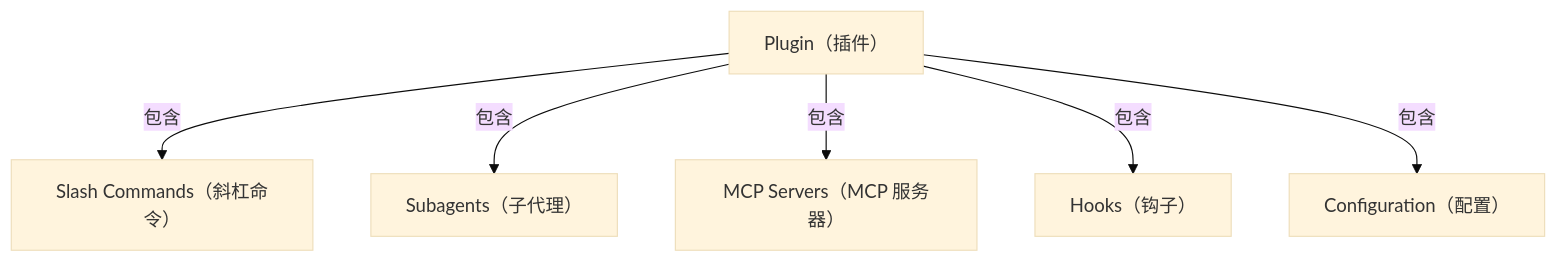
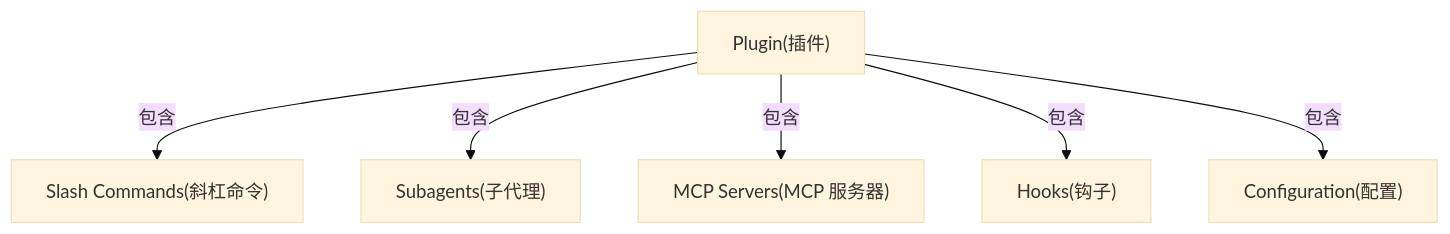
The first of 5 diagrams in 07-plugins/README.md (Rx782-Fss/claude-howto-zh), drawn with Mermaid (base theme) before and after one commit. The commit also changed other lines of this file and 5 other files, not shown here.

Commit message:
fix: Mermaid 内全角括号/问号/emoji/<br/> 改为半角ASCII避免 GitHub 渲染失败

````diff
--- a/07-plugins/README.md
+++ b/07-plugins/README.md
@@ -16,15 +16,15 @@
 ```mermaid
 graph TB
-    A["Plugin（插件）"]
-    B["Slash Commands（斜杠命令）"]
-    C["Subagents（子代理）"]
-    D["MCP Servers（MCP 服务器）"]
-    E["Hooks（钩子）"]
-    F["Configuration（配置）"]
+    A["Plugin(插件)"]
+    B["Slash Commands(斜杠命令)"]
+    C["Subagents(子代理)"]
+    D["MCP Servers(MCP 服务器)"]
+    E["Hooks(钩子)"]
+    F["Configuration(配置)"]
 
     A -->|包含| B
     A -->|包含| C
     A -->|包含| D
     A -->|包含| E
     A -->|包含| F
 ```
````
